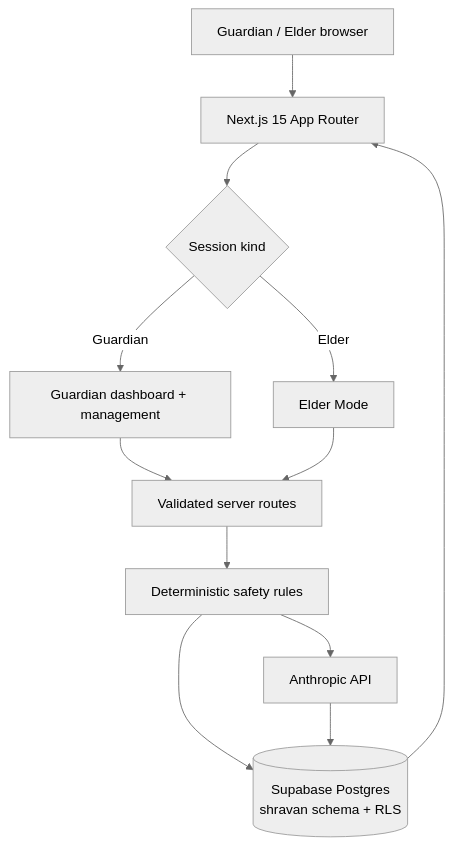
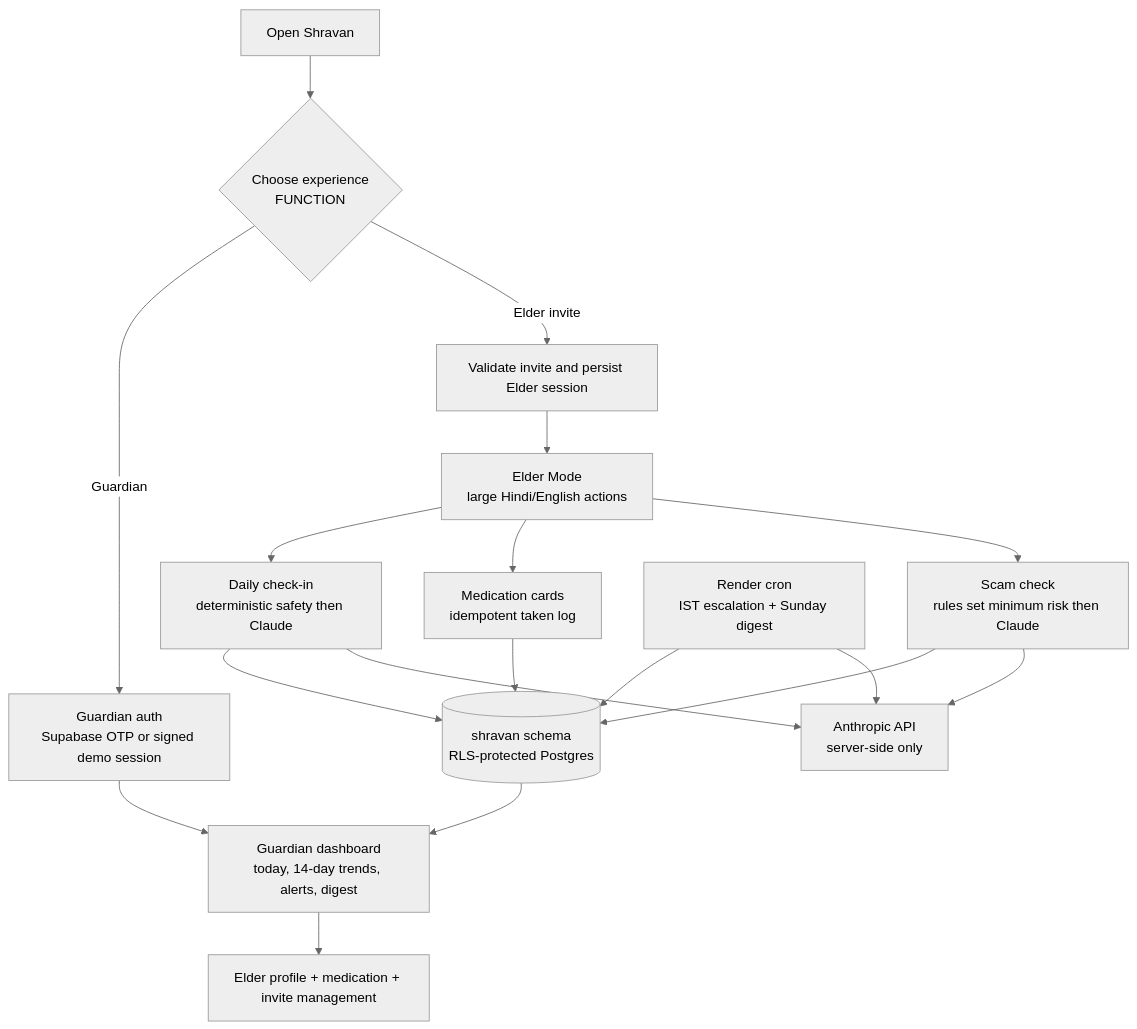
One commit to APareek89/shravan changed the first of 3 diagrams in docs/ARCHITECTURE_FLOW.md. Above: the diagram before and after it, drawn with Mermaid (neutral theme). The commit also changed other lines of this file and 81 other files, not shown here.

````diff
--- a/docs/ARCHITECTURE_FLOW.md
+++ b/docs/ARCHITECTURE_FLOW.md
@@ -17,14 +19,20 @@
 ```mermaid
 flowchart TD
-  Browser["Guardian / Elder browser"] --> Next["Next.js 15 App Router"]
-  Next --> Session{"Session kind"}
-  Session -->|Guardian| Dashboard["Guardian dashboard + management"]
-  Session -->|Elder| Elder["Elder Mode"]
-  Dashboard --> Server["Validated server routes"]
-  Elder --> Server
-  Server --> Safety["Deterministic safety rules"]
-  Safety --> Claude["Anthropic API"]
-  Safety --> DB[("Supabase Postgres<br/>shravan schema + RLS")]
-  Claude --> DB
-  DB --> Next
+  Entry["Open Shravan"] --> Role{"Choose experience<br/>FUNCTION"}
+  Role -->|Guardian| Auth["Guardian auth<br/>Supabase OTP or signed demo session"]
+  Auth --> Dash["Guardian dashboard<br/>today, 14-day trends, alerts, digest"]
+  Dash --> Manage["Elder profile + medication + invite management"]
+  Role -->|Elder invite| Invite["Validate invite and persist Elder session"]
+  Invite --> Elder["Elder Mode<br/>large Hindi/English actions"]
+  Elder --> Checkin["Daily check-in<br/>deterministic safety then Claude"]
+  Elder --> Meds["Medication cards<br/>idempotent taken log"]
+  Elder --> Scam["Scam check<br/>rules set minimum risk then Claude"]
+  Checkin --> DB[("shravan schema<br/>RLS-protected Postgres")]
+  Meds --> DB
+  Scam --> DB
+  Cron["Render cron<br/>IST escalation + Sunday digest"] --> DB
+  Cron --> Claude["Anthropic API<br/>server-side only"]
+  Checkin --> Claude
+  Scam --> Claude
+  DB --> Dash
 ```
````
